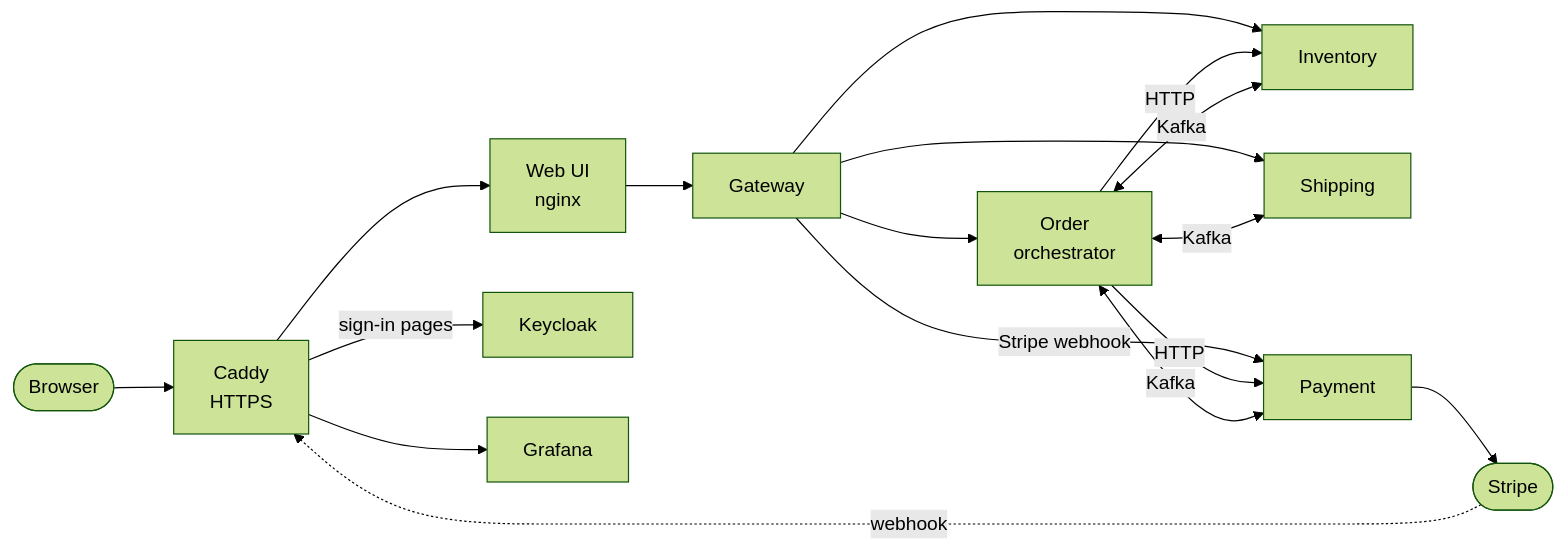
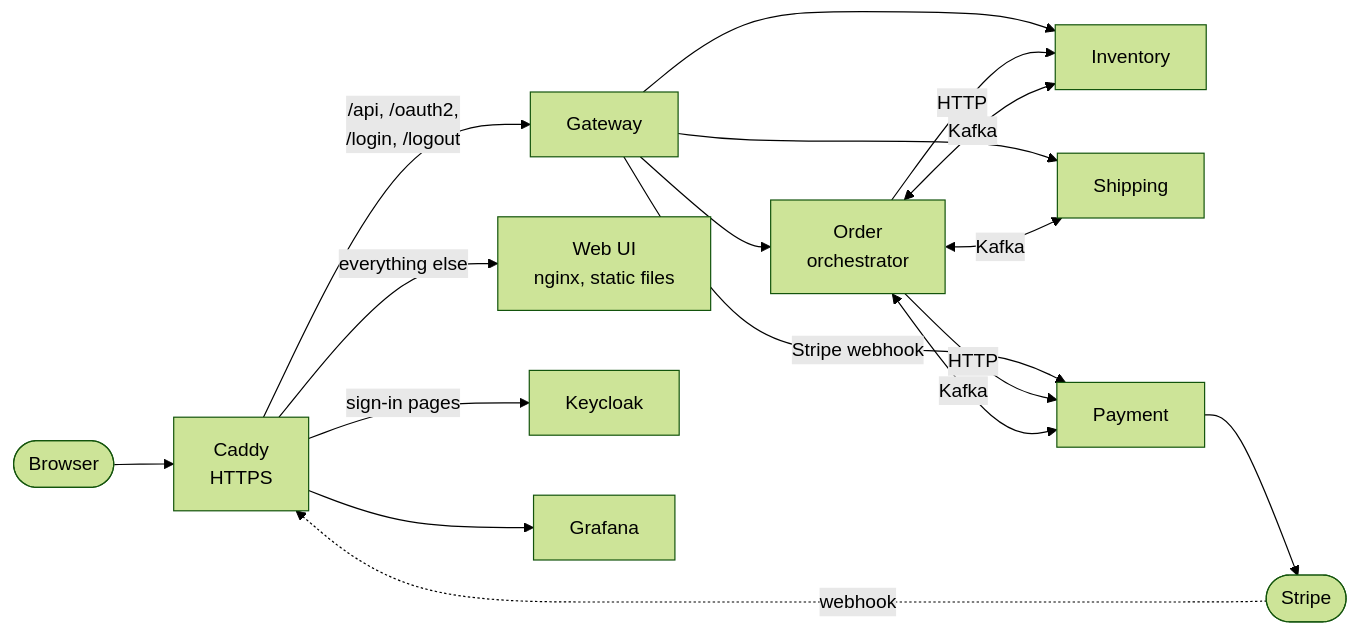
The diagram in README.md (ihorhartmann/E-commerce-App), drawn with Mermaid (forest theme) before and after one commit. The commit also changed other lines of this file and 16 other files, not shown here.

First line of the commit message:
IHO-95 Caddy routes the gateway's paths, the web UI's nginx serves static files only

````diff
--- a/README.md
+++ b/README.md
@@ -91,19 +91,19 @@
 ```mermaid
 flowchart LR
     browser([Browser]) --> caddy[Caddy<br/>HTTPS]
     stripe([Stripe]) -. webhook .-> caddy
-    caddy --> webui[Web UI<br/>nginx]
+    caddy -- "/api, /oauth2,<br/>/login, /logout" --> gateway[Gateway]
+    caddy -- everything else --> webui[Web UI<br/>nginx, static files]
     caddy -- sign-in pages --> keycloak[Keycloak]
     caddy --> grafana[Grafana]
-    webui --> gateway[Gateway]
     gateway --> order[Order<br/>orchestrator]
     gateway --> inventory[Inventory]
     gateway --> shipping[Shipping]
     gateway -- Stripe webhook --> payment[Payment]
     order -- HTTP --> inventory
     order -- HTTP --> payment
     order <-- Kafka --> inventory
     order <-- Kafka --> payment
     order <-- Kafka --> shipping
     payment --> stripe
 ```
````
